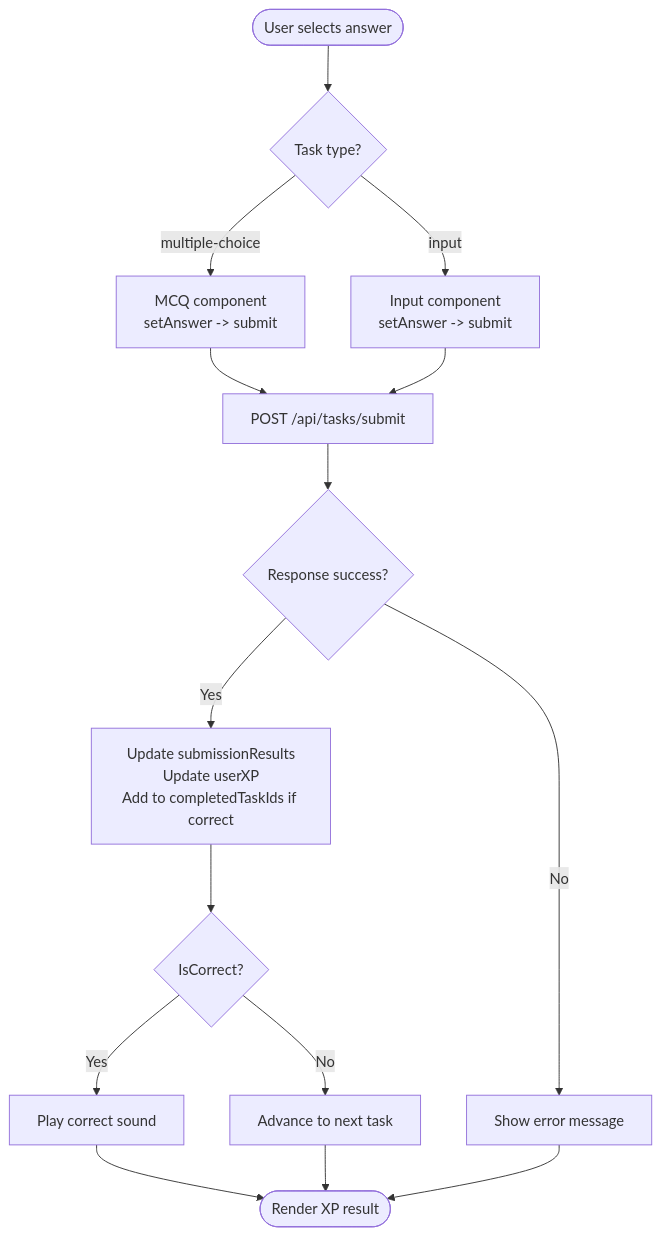
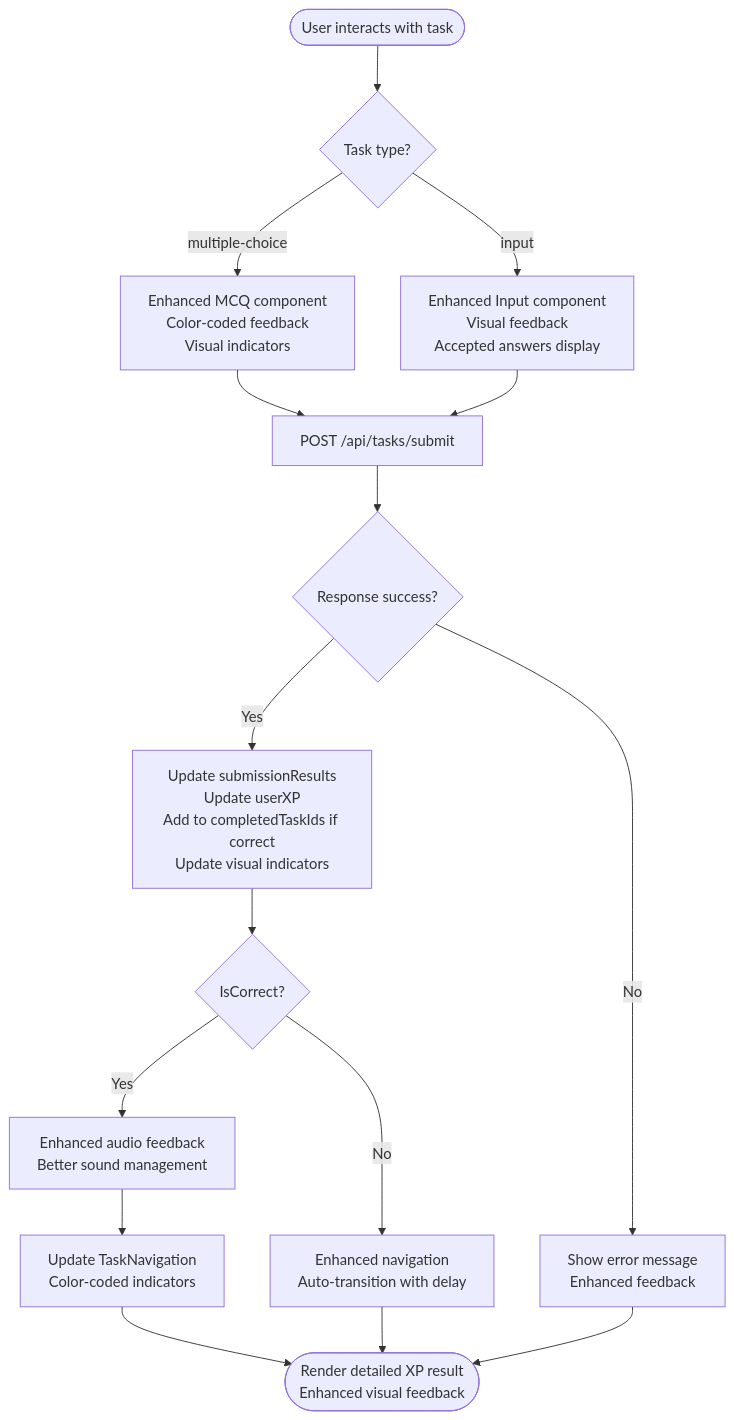
Before and after one commit to AlexKutz/math-app-next-js: the third of 5 diagrams in .qoder/repowiki/en/content/Core Features/Learning Interface/Task System Architecture.md, drawn with Mermaid. The commit also changed other lines of this file and 9 other files, not shown here.

````diff
--- a/.qoder/repowiki/en/content/Core Features/Learning Interface/Task System Architecture.md
+++ b/.qoder/repowiki/en/content/Core Features/Learning Interface/Task System Architecture.md
@@ -197,17 +231,18 @@
 ```mermaid
 flowchart TD
-Start(["User selects answer"]) --> CheckType{"Task type?"}
-CheckType --> |multiple-choice| MCQPath["MCQ component<br/>setAnswer -> submit"]
-CheckType --> |input| InputPath["Input component<br/>setAnswer -> submit"]
+Start(["User interacts with task"]) --> CheckType{"Task type?"}
+CheckType --> |multiple-choice| MCQPath["Enhanced MCQ component<br/>Color-coded feedback<br/>Visual indicators"]
+CheckType --> |input| InputPath["Enhanced Input component<br/>Visual feedback<br/>Accepted answers display"]
 MCQPath --> Submit["POST /api/tasks/submit"]
 InputPath --> Submit
 Submit --> Resp{"Response success?"}
-Resp --> |No| ShowError["Show error message"]
-Resp --> |Yes| UpdateState["Update submissionResults<br/>Update userXP<br/>Add to completedTaskIds if correct"]
+Resp --> |No| ShowError["Show error message<br/>Enhanced feedback"]
+Resp --> |Yes| UpdateState["Update submissionResults<br/>Update userXP<br/>Add to completedTaskIds if correct<br/>Update visual indicators"]
 UpdateState --> PlaySound{"IsCorrect?"}
-PlaySound --> |Yes| Sound["Play correct sound"]
-PlaySound --> |No| NextTask["Advance to next task"]
-Sound --> Done(["Render XP result"])
+PlaySound --> |Yes| Sound["Enhanced audio feedback<br/>Better sound management"]
+PlaySound --> |No| NextTask["Enhanced navigation<br/>Auto-transition with delay"]
+Sound --> UpdateNav["Update TaskNavigation<br/>Color-coded indicators"]
+UpdateNav --> Done(["Render detailed XP result<br/>Enhanced visual feedback"])
 NextTask --> Done
 ShowError --> Done
 ```
````
